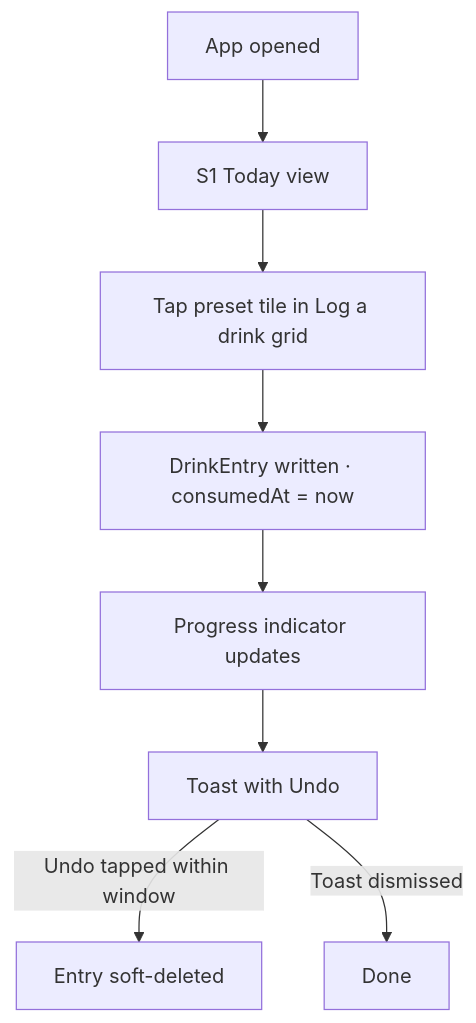
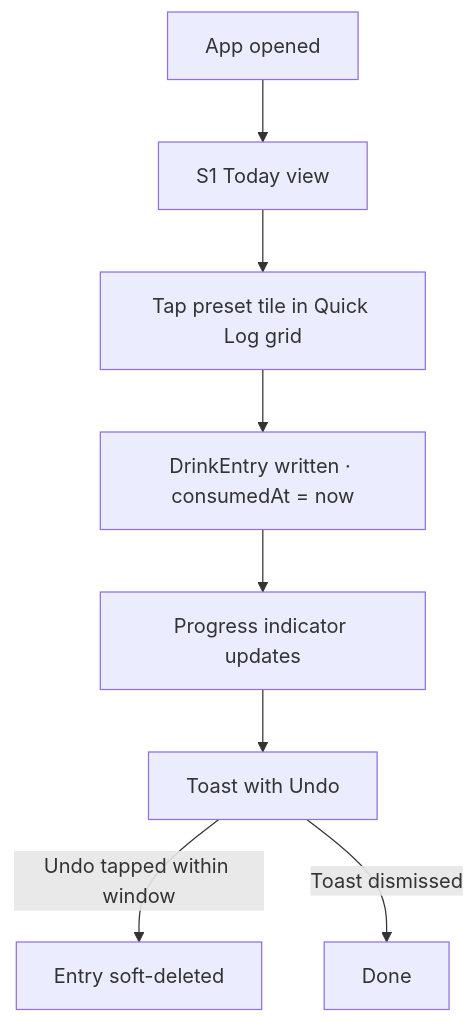
Before and after one commit to controlol/drinks-mate: the second of 5 diagrams in design/user-experience.md, drawn with Mermaid. The commit also changed other lines of this file and 5 other files, not shown here.

First line of the commit message:
Spec decisions for UI/bug backlog: party session lifecycle, S1 rename, BAC chart, S3 expand (#106)

````diff
--- a/design/user-experience.md
+++ b/design/user-experience.md
@@ -267,10 +275,10 @@
 ```mermaid
 flowchart TD
     A[App opened] --> B[S1 Today view]
-    B --> C[Tap preset tile in Log a drink grid]
+    B --> C[Tap preset tile in Quick Log grid]
     C --> D[DrinkEntry written · consumedAt = now]
     D --> E[Progress indicator updates]
     E --> F[Toast with Undo]
     F -->|Undo tapped within window| G[Entry soft-deleted]
     F -->|Toast dismissed| H[Done]
 ```
````
